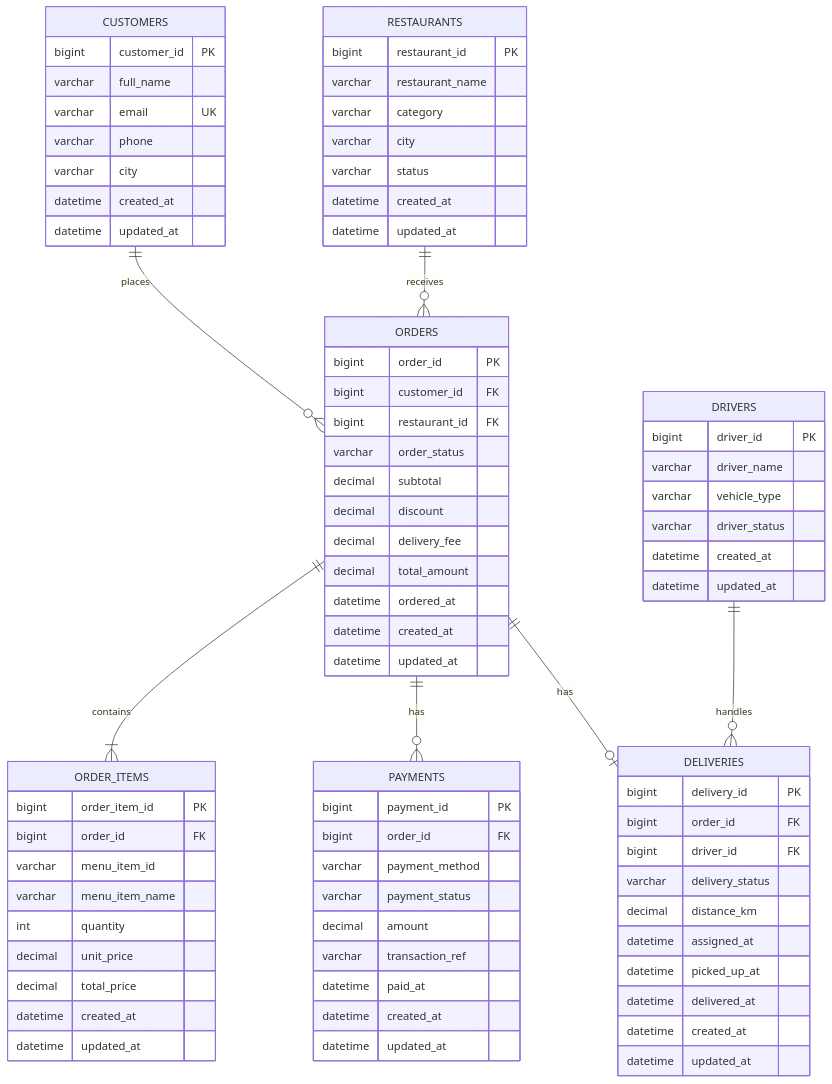
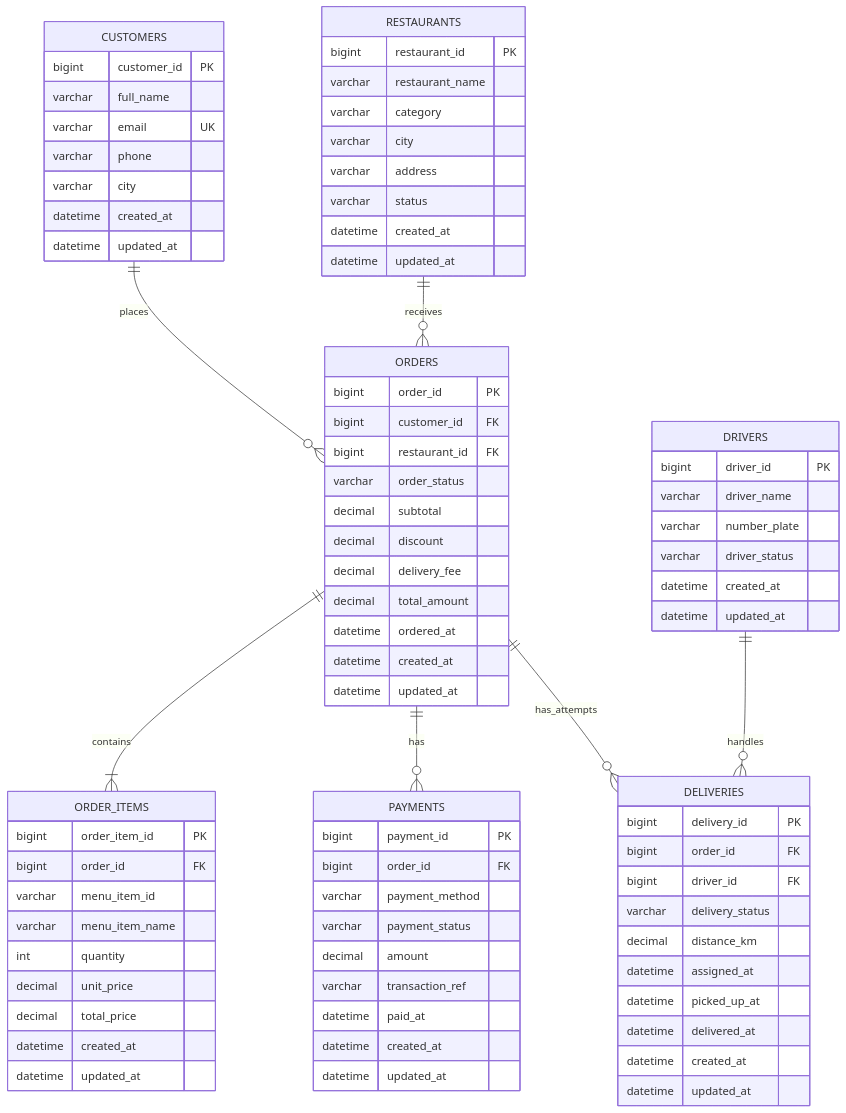
Before and after one commit to Chotiiiiw/Batch-Ingestion: the second of 4 diagrams in food_delivery_schema.md, drawn with Mermaid. The commit also changed other lines of this file and 7 other files, not shown here.

```diff
--- a/food_delivery_schema.md
+++ b/food_delivery_schema.md
@@ -29,7 +29,7 @@
     RESTAURANTS ||--o{ ORDERS : receives
     ORDERS ||--|{ ORDER_ITEMS : contains
     ORDERS ||--o{ PAYMENTS : has
-    ORDERS ||--o| DELIVERIES : has
+    ORDERS ||--o{ DELIVERIES : has_attempts
     DRIVERS ||--o{ DELIVERIES : handles
 
     CUSTOMERS {
@@ -47,6 +47,7 @@
         varchar restaurant_name
         varchar category
         varchar city
+        varchar address
         varchar status
         datetime created_at
         datetime updated_at
@@ -93,7 +94,7 @@
     DRIVERS {
         bigint driver_id PK
         varchar driver_name
-        varchar vehicle_type
+        varchar number_plate
         varchar driver_status
         datetime created_at
         datetime updated_at
```
